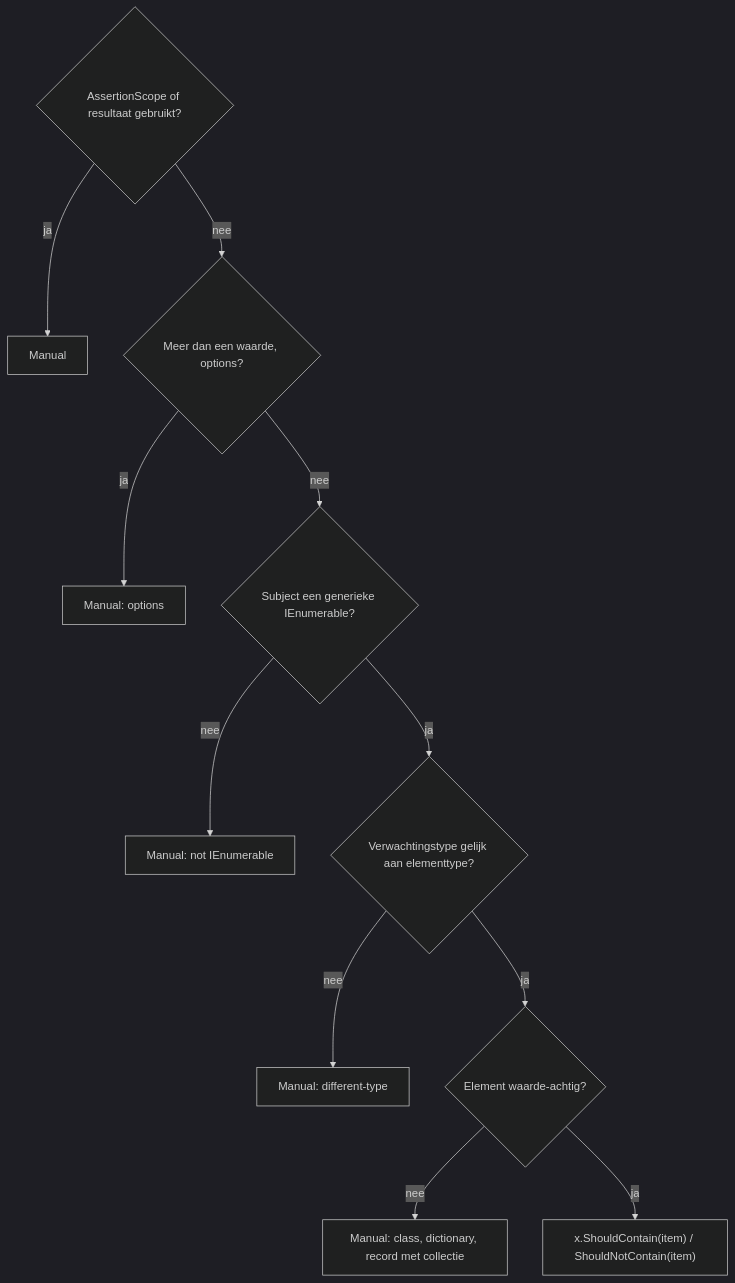
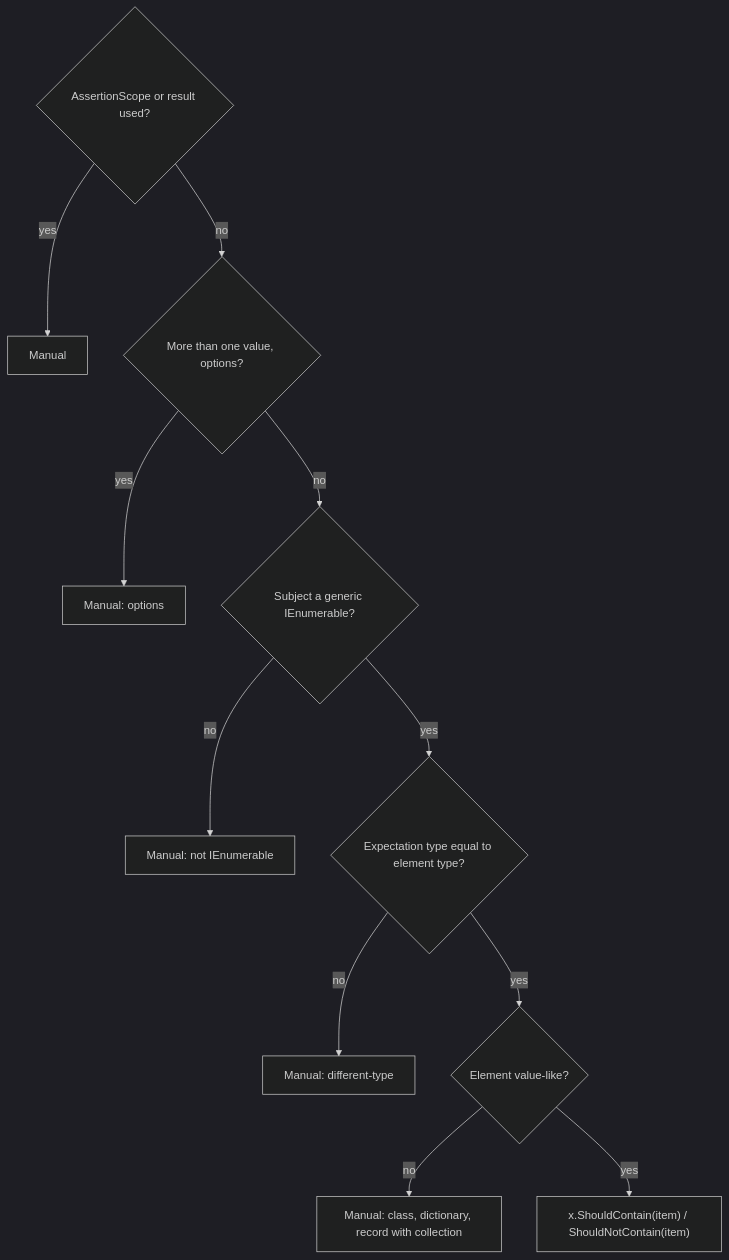
Before and after one commit to ATkingma/unshackle: the third of 3 diagrams in docs/projectinfo/patterns/fa-contain-equivalent-of-modellen.md, drawn with Mermaid (dark theme). The commit also changed other lines of this file and 415 other files, not shown here.

````diff
--- a/docs/projectinfo/patterns/fa-contain-equivalent-of-modellen.md
+++ b/docs/projectinfo/patterns/fa-contain-equivalent-of-modellen.md
@@ -48,13 +48,13 @@
 ```mermaid
 flowchart TD
-    A{AssertionScope of resultaat gebruikt?} -- ja --> M1[Manual]
-    A -- nee --> B{Meer dan een waarde, options?}
-    B -- ja --> M2[Manual: options]
-    B -- nee --> C{Subject een generieke IEnumerable?}
-    C -- nee --> M3[Manual: not IEnumerable]
-    C -- ja --> D{Verwachtingstype gelijk aan elementtype?}
-    D -- nee --> M4[Manual: different-type]
-    D -- ja --> E{Element waarde-achtig?}
-    E -- nee --> M5[Manual: class, dictionary, record met collectie]
-    E -- ja --> F["x.ShouldContain(item) / ShouldNotContain(item)"]
+    A{AssertionScope or result used?} -- yes --> M1[Manual]
+    A -- no --> B{More than one value, options?}
+    B -- yes --> M2[Manual: options]
+    B -- no --> C{Subject a generic IEnumerable?}
+    C -- no --> M3[Manual: not IEnumerable]
+    C -- yes --> D{Expectation type equal to element type?}
+    D -- no --> M4[Manual: different-type]
+    D -- yes --> E{Element value-like?}
+    E -- no --> M5[Manual: class, dictionary, record with collection]
+    E -- yes --> F["x.ShouldContain(item) / ShouldNotContain(item)"]
 ```
````
